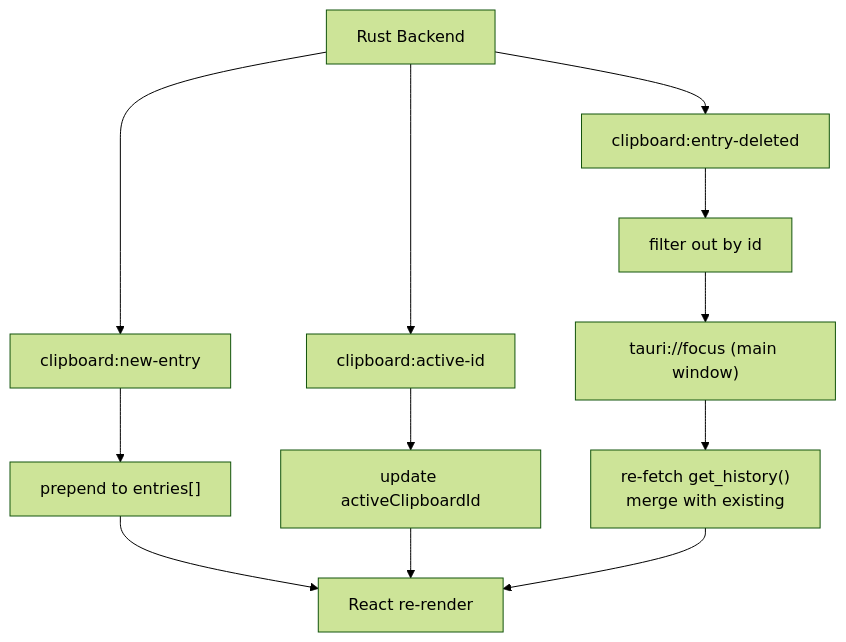
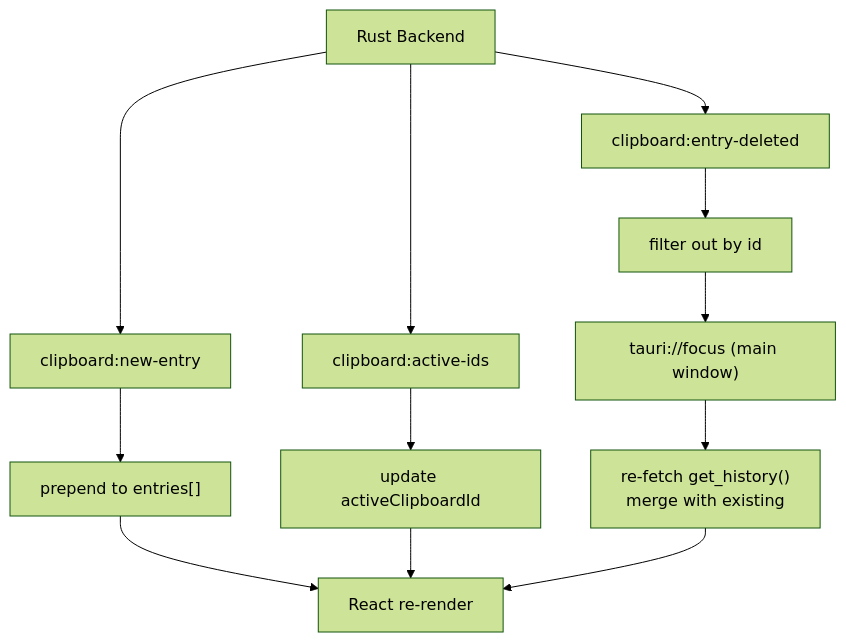
The second of 2 diagrams in orange-copy-paste-clipboard-app-rust/docs/architecture.md (NotRover/RoverTools-Orange-Copy-Paste-App), drawn with Mermaid (forest theme) before and after one commit. The commit also changed other lines of this file and 14 other files, not shown here.

````diff
--- a/orange-copy-paste-clipboard-app-rust/docs/architecture.md
+++ b/orange-copy-paste-clipboard-app-rust/docs/architecture.md
@@ -2121,15 +2122,15 @@
 ```mermaid
 flowchart TB
     rust["Rust Backend"]
     rust --> newe["clipboard:new-entry"]
     rust --> dele["clipboard:entry-deleted"]
-    rust --> active["clipboard:active-id"]
+    rust --> active["clipboard:active-ids"]
     newe --> prepend["prepend to entries[]"]
     dele --> filter["filter out by id"]
     active --> updateid["update activeClipboardId"]
     filter --> focus["tauri://focus (main window)"]
     focus --> refetch["re-fetch get_history()<br/>merge with existing"]
     prepend --> rerender["React re-render"]
     updateid --> rerender
     refetch --> rerender
 ```
````
